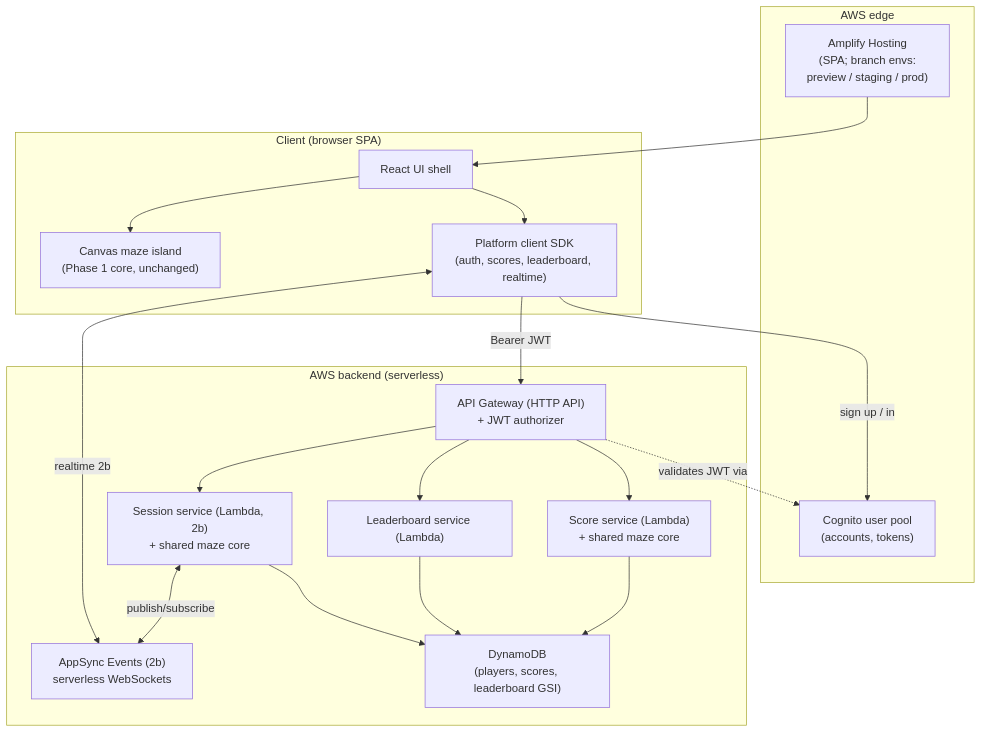
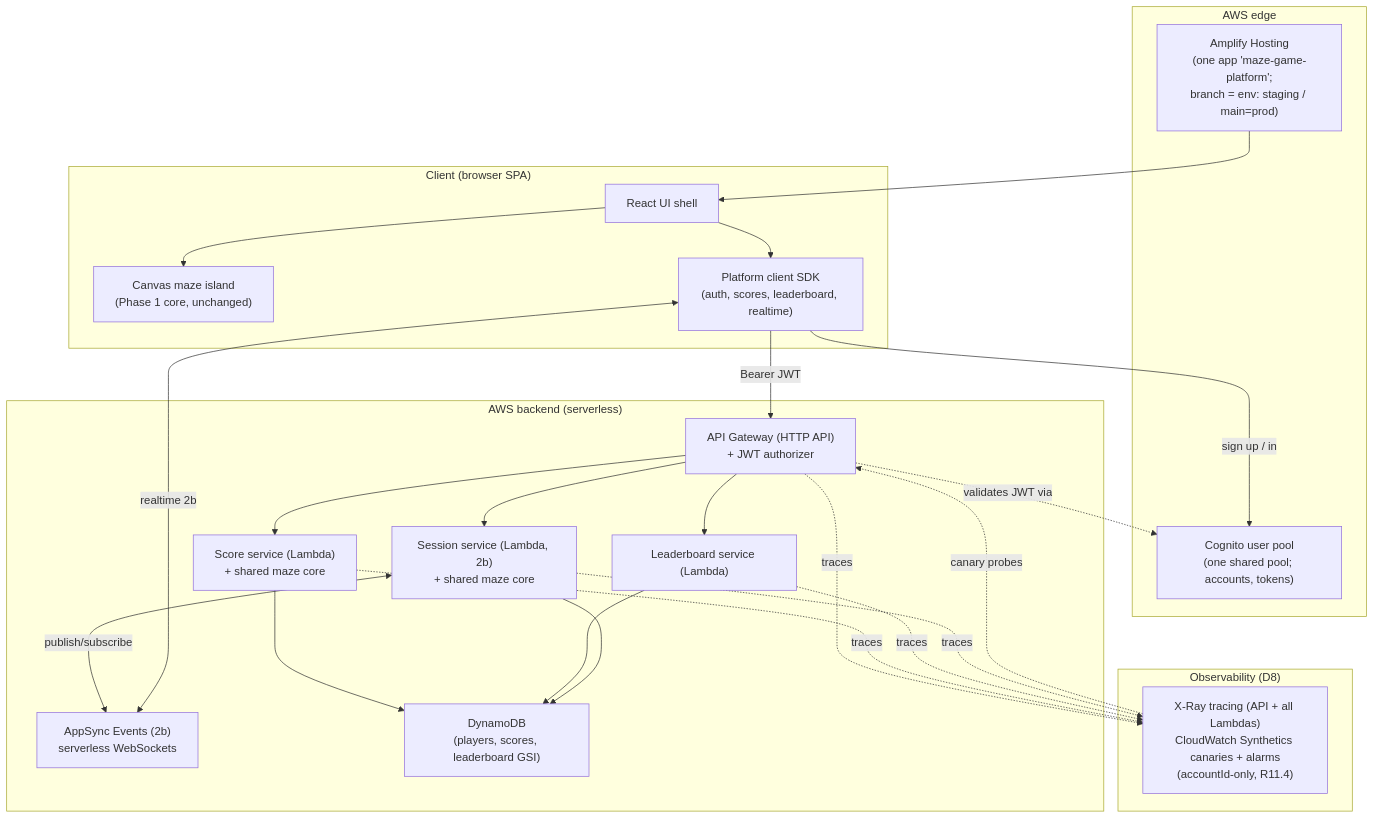
The diagram in .kiro/specs/maze-game-platform/design.md (Walsen/kiro-university-challenge), drawn with Mermaid before and after one commit. The commit also changed other lines of this file and 244 other files, not shown here.

First line of the commit message:
feat(platform): single shared backend + observability (X-Ray, Synthetics)

````diff
--- a/.kiro/specs/maze-game-platform/design.md
+++ b/.kiro/specs/maze-game-platform/design.md
@@ -57,37 +58,46 @@
 ```mermaid
 graph TB
     subgraph Client["Client (browser SPA)"]
         UI["React UI shell"]
         CANVAS["Canvas maze island<br/>(Phase 1 core, unchanged)"]
         SDK["Platform client SDK<br/>(auth, scores, leaderboard, realtime)"]
     end
 
     subgraph Edge["AWS edge"]
-        CF["Amplify Hosting<br/>(SPA; branch envs:<br/>preview / staging / prod)"]
-        COG["Cognito user pool<br/>(accounts, tokens)"]
+        CF["Amplify Hosting<br/>(one app 'maze-game-platform';<br/>branch = env: staging / main=prod)"]
+        COG["Cognito user pool<br/>(one shared pool; accounts, tokens)"]
     end
 
     subgraph Backend["AWS backend (serverless)"]
         APIG["API Gateway (HTTP API)<br/>+ JWT authorizer"]
         LSCORE["Score service (Lambda)<br/>+ shared maze core"]
         LBOARD["Leaderboard service (Lambda)"]
         LSESS["Session service (Lambda, 2b)<br/>+ shared maze core"]
         EVT["AppSync Events (2b)<br/>serverless WebSockets"]
         DDB["DynamoDB<br/>(players, scores, leaderboard GSI)"]
+    end
+
+    subgraph Observability["Observability (D8)"]
+        OBS["X-Ray tracing (API + all Lambdas)<br/>CloudWatch Synthetics canaries + alarms<br/>(accountId-only, R11.4)"]
     end
 
     UI --> CANVAS
     UI --> SDK
     CF --> UI
     SDK -->|sign up / in| COG
     SDK -->|Bearer JWT| APIG
     APIG --> LSCORE
     APIG --> LBOARD
     APIG --> LSESS
     LSCORE --> DDB
     LBOARD --> DDB
     LSESS --> DDB
     LSESS <-->|publish/subscribe| EVT
     SDK <-->|realtime 2b| EVT
     APIG -.validates JWT via.-> COG
+    APIG -.traces.-> OBS
+    LSCORE -.traces.-> OBS
+    LBOARD -.traces.-> OBS
+    LSESS -.traces.-> OBS
+    OBS -.canary probes.-> APIG
 ```
````
